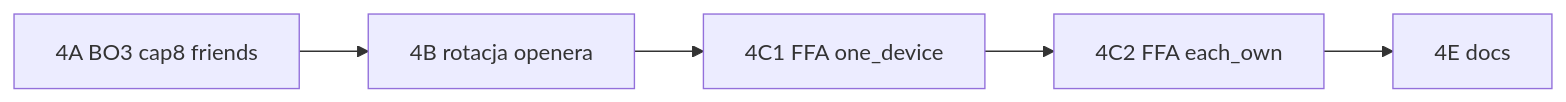
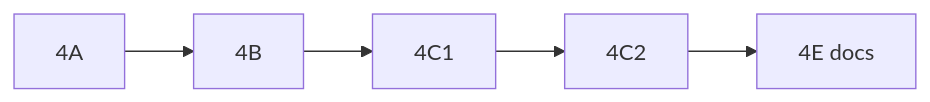
One commit to Vathh/twentySix changed the diagram in docs/plan_quick_game_mvp_step4.md. Above: the diagram before and after it, drawn with Mermaid. The commit also changed other lines of this file and 27 other files, not shown here.

````diff
--- a/docs/plan_quick_game_mvp_step4.md
+++ b/docs/plan_quick_game_mvp_step4.md
@@ -131,12 +35,9 @@
 ```mermaid
 flowchart LR
-  A[4A BO3 cap8 friends]
-  B[4B rotacja openera]
-  C1[4C1 FFA one_device]
-  C2[4C2 FFA each_own]
-  D[4E docs]
-  A --> B
-  B --> C1
-  C1 --> C2
-  C2 --> D
+  A[4A]
+  B[4B]
+  C1[4C1]
+  C2[4C2]
+  E[4E docs]
+  A --> B --> C1 --> C2 --> E
 ```
````
